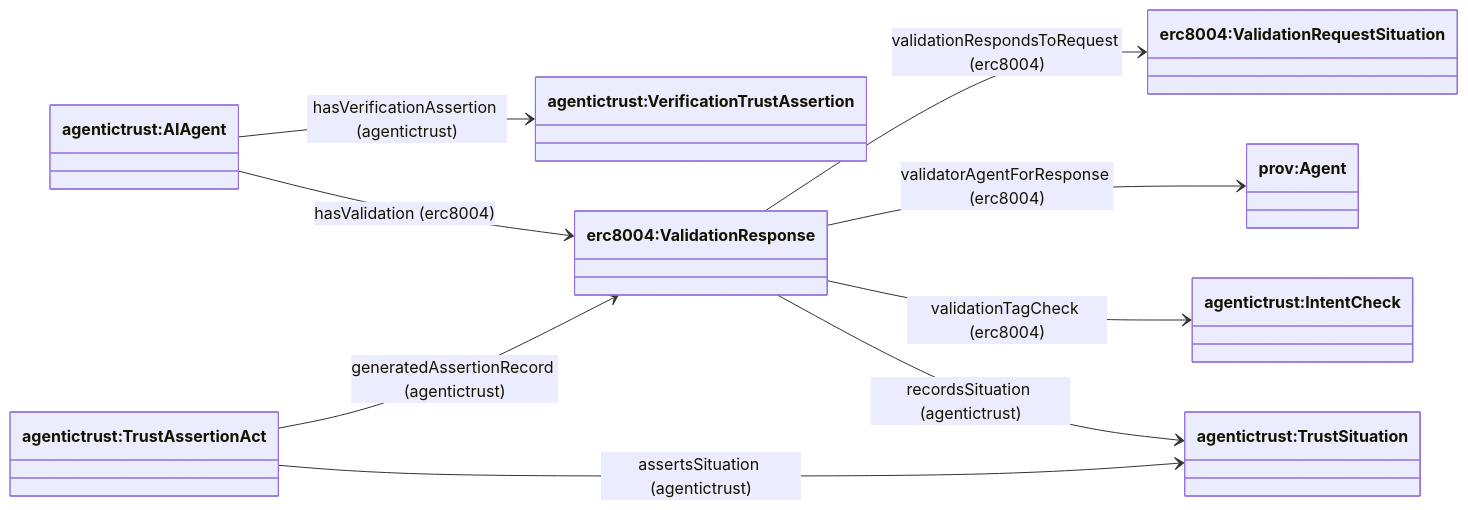
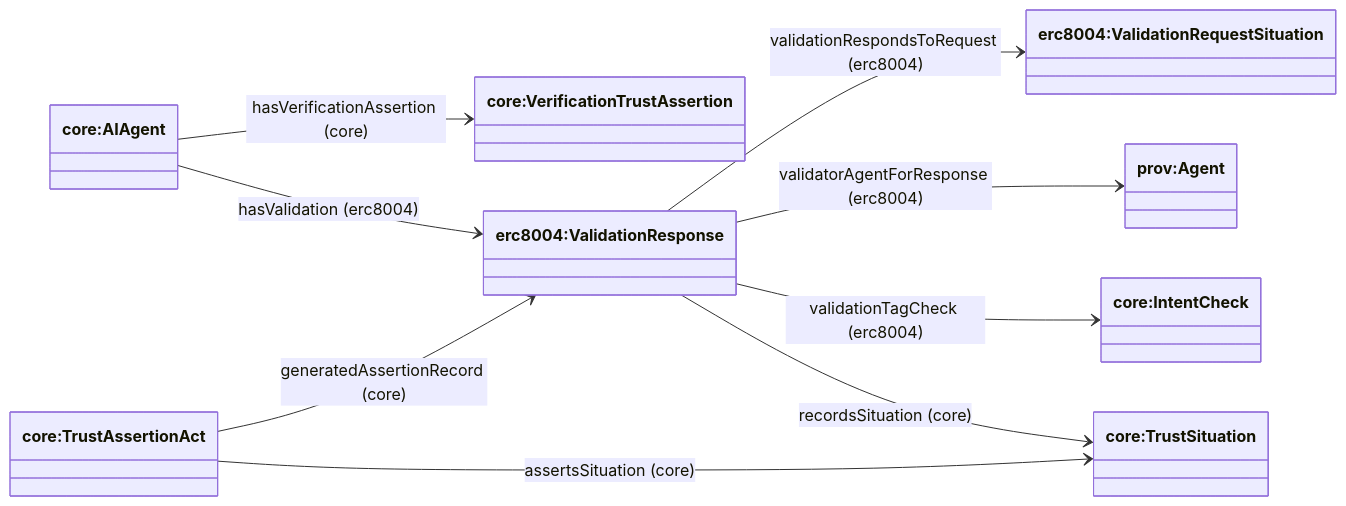
One commit to Agentic-Trust-Layer/agent-explorer changed the second of 2 diagrams in docs/ontology/verificationassertion.md. Above: the diagram before and after it, drawn with Mermaid. The commit also changed other lines of this file and 49 other files, not shown here.

````diff
--- a/docs/ontology/verificationassertion.md
+++ b/docs/ontology/verificationassertion.md
@@ -29,24 +29,24 @@
 ```mermaid
 classDiagram
 direction LR
 
-class AIAgent["agentictrust:AIAgent"]
-class VerificationAssertion["agentictrust:VerificationTrustAssertion"]
+class AIAgent["core:AIAgent"]
+class VerificationAssertion["core:VerificationTrustAssertion"]
 class ValidationResponse["erc8004:ValidationResponse"]
 class ValidationRequest["erc8004:ValidationRequestSituation"]
-class TrustSituation["agentictrust:TrustSituation"]
-class IntentCheck["agentictrust:IntentCheck"]
+class TrustSituation["core:TrustSituation"]
+class IntentCheck["core:IntentCheck"]
 class provAgent["prov:Agent"]
-class TrustAssertionAct["agentictrust:TrustAssertionAct"]
+class TrustAssertionAct["core:TrustAssertionAct"]
 
-AIAgent --> VerificationAssertion : hasVerificationAssertion (agentictrust)
+AIAgent --> VerificationAssertion : hasVerificationAssertion (core)
 AIAgent --> ValidationResponse : hasValidation (erc8004)
 
 ValidationResponse --> ValidationRequest : validationRespondsToRequest (erc8004)
 ValidationResponse --> provAgent : validatorAgentForResponse (erc8004)
 ValidationResponse --> IntentCheck : validationTagCheck (erc8004)
 
-ValidationResponse --> TrustSituation : recordsSituation (agentictrust)
-TrustAssertionAct --> TrustSituation : assertsSituation (agentictrust)
-TrustAssertionAct --> ValidationResponse : generatedAssertionRecord (agentictrust)
+ValidationResponse --> TrustSituation : recordsSituation (core)
+TrustAssertionAct --> TrustSituation : assertsSituation (core)
+TrustAssertionAct --> ValidationResponse : generatedAssertionRecord (core)
 ```
````
